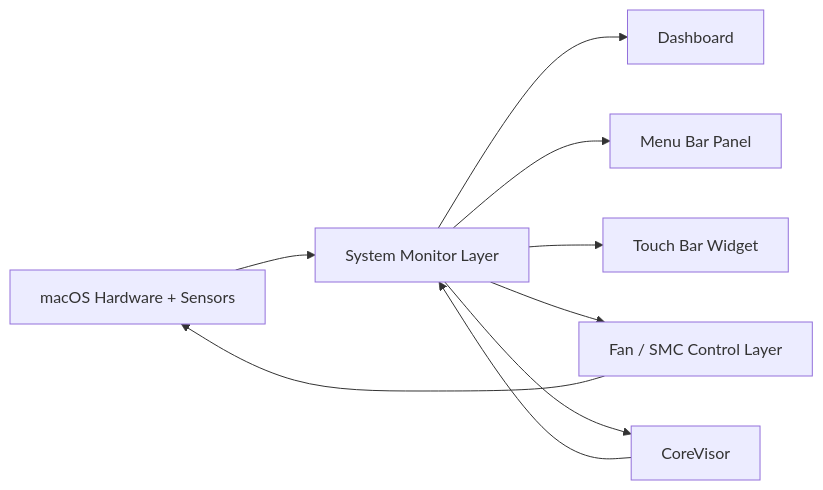
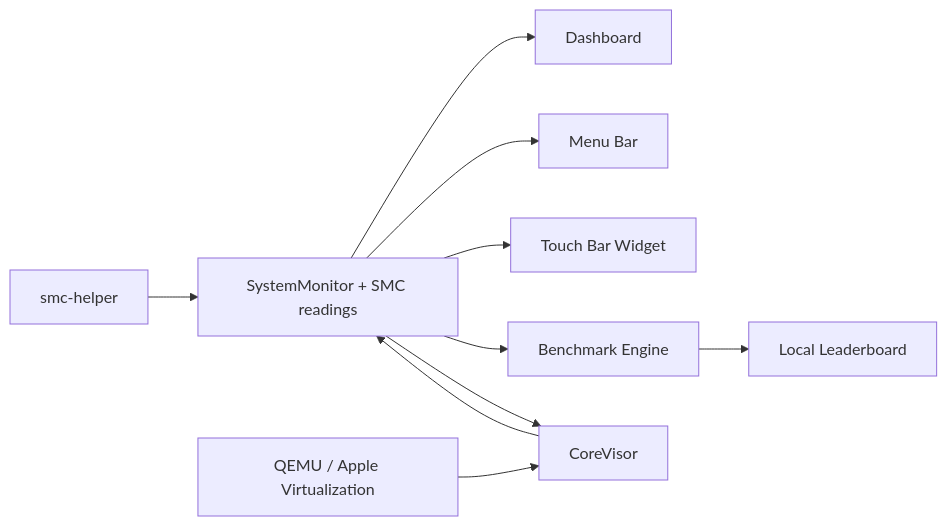
One commit to offyotto/Core-Monitor changed the first of 4 diagrams in README.md. Above: the diagram before and after it, drawn with Mermaid. The commit also changed other lines of this file, not shown here.

````diff
--- a/README.md
+++ b/README.md
@@ -124,11 +174,12 @@
 ```mermaid
 flowchart LR
-    A["macOS Hardware + Sensors"] --> B["System Monitor Layer"]
-    B --> C["Dashboard"]
-    B --> D["Menu Bar Panel"]
-    B --> E["Touch Bar Widget"]
-    B --> F["Fan / SMC Control Layer"]
-    B --> G["CoreVisor"]
+    A["SystemMonitor + SMC readings"] --> B["Dashboard"]
+    A --> C["Menu Bar"]
+    A --> D["Touch Bar Widget"]
+    A --> E["Benchmark Engine"]
+    A --> F["CoreVisor"]
+    G["smc-helper"] --> A
+    H["QEMU / Apple Virtualization"] --> F
     F --> A
-    G --> B
+    E --> I["Local Leaderboard"]
 ```
````
